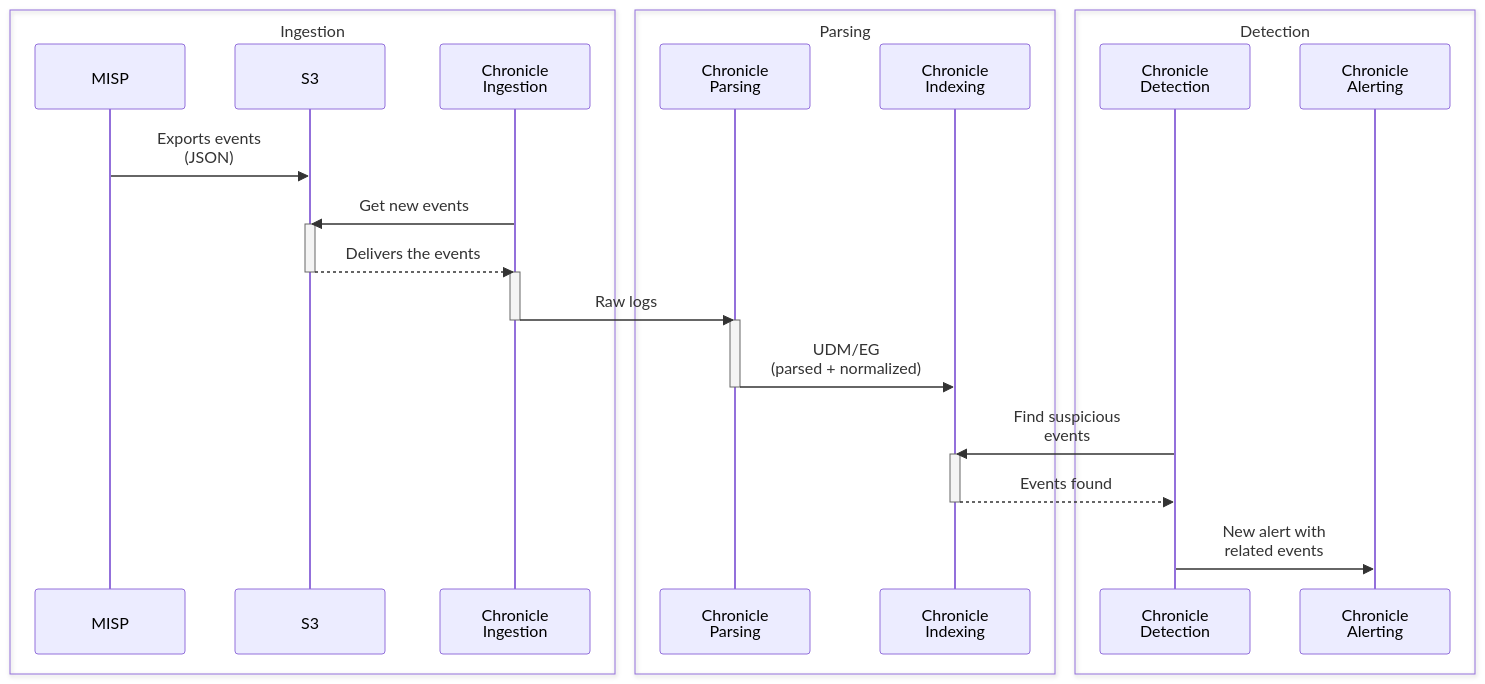
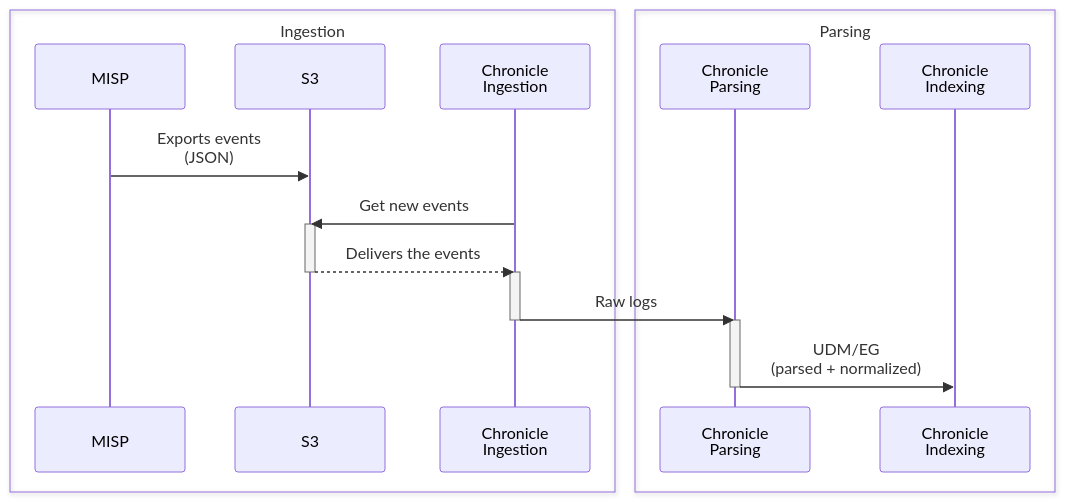
One commit to lopes/logbook changed the first of 2 diagrams in content/2024-misp-chronicle-integration.md. Above: the diagram before and after it, drawn with Mermaid. The commit also changed other lines of this file and 1 other file, not shown here.

Commit message:
new post: chronicle-misp integration

````diff
--- a/content/2024-misp-chronicle-integration.md
+++ b/content/2024-misp-chronicle-integration.md
@@ -28,34 +28,32 @@
 ```mermaid
   sequenceDiagram
   box Ingestion
     participant MISP as MISP
     participant S3 as S3
     participant CI as Chronicle<br>Ingestion
   end
   box Parsing
-
     participant CP as Chronicle<br>Parsing
     participant CN as Chronicle<br>Indexing
   end
-  box Detection
-
-    participant CD as Chronicle<br>Detection
-    participant CA as Chronicle<br>Alerting
-  end
+  #box Detection
+  #  participant CD as Chronicle<br>Detection
+  #  participant CA as Chronicle<br>Alerting
+  #end
   MISP->>S3: Exports events<br>(JSON)
   CI->>S3: Get new events
   activate S3
   S3-->>CI: Delivers the events
   deactivate S3
   activate CI
   CI->>CP: Raw logs
   deactivate CI
   activate CP
   CP->>CN: UDM/EG<br>(parsed + normalized)
   deactivate CP
-  CD->>CN: Find suspicious<br>events
-  activate CN
-  CN-->>CD: Events found
-  deactivate CN
-  CD->>CA: New alert with<br>related events
+  #CD->>CN: Search for suspicious<br>events
+  #activate CN
+  #CN-->>CD: Events found
+  #deactivate CN
+  #CD->>CA: New alert with<br>related events
 ```
````
